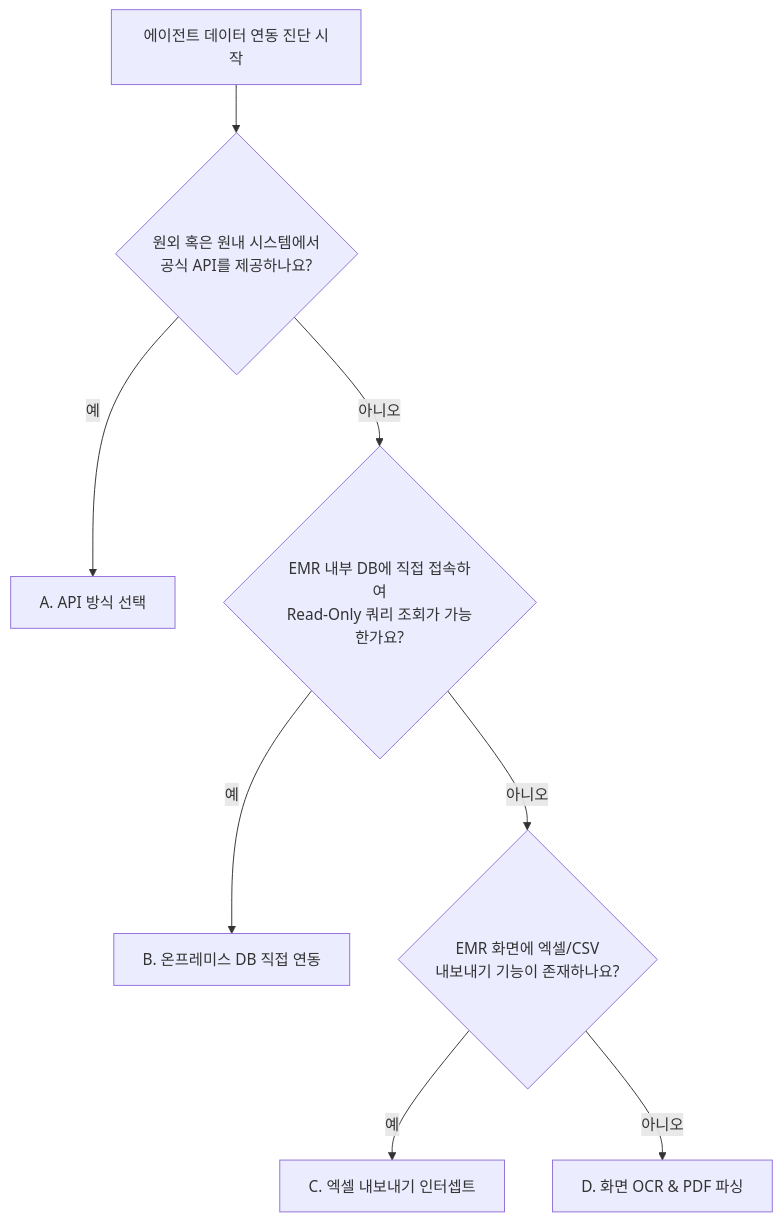
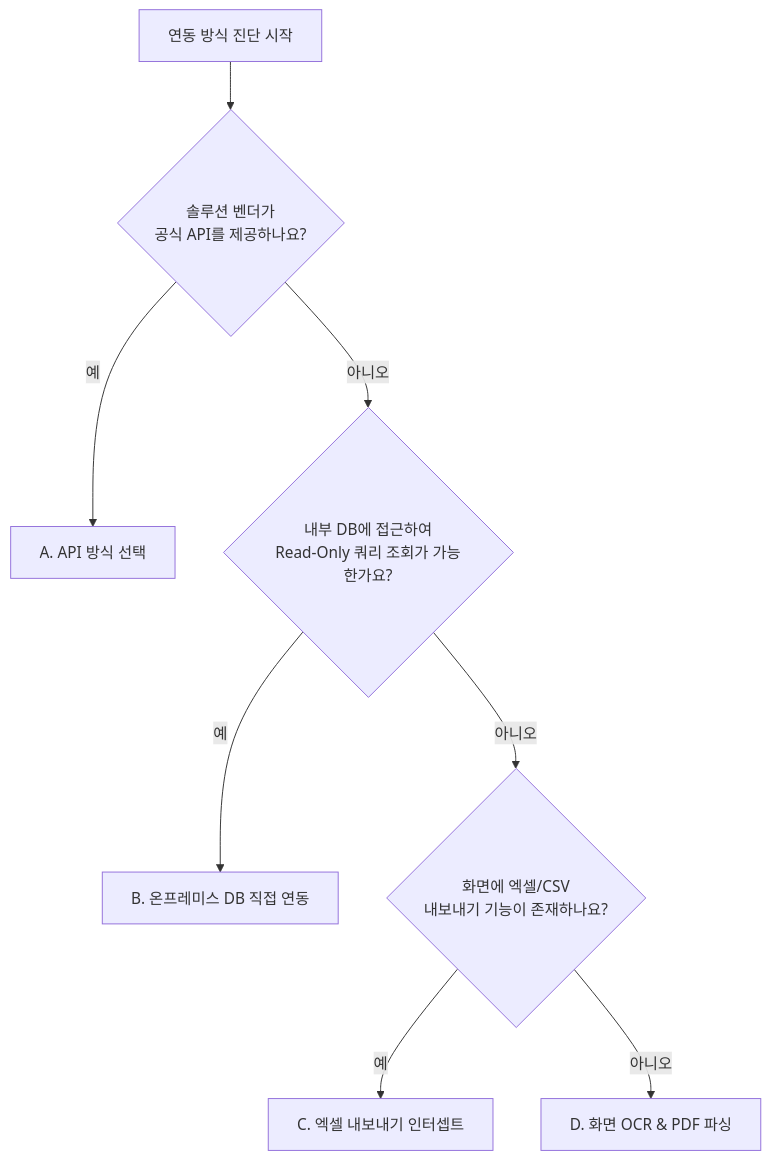
Before and after one commit to sunjongos/agent_builder: the diagram in SKILL.md, drawn with Mermaid. The commit also changed other lines of this file, not shown here.

````diff
--- a/SKILL.md
+++ b/SKILL.md
@@ -31,10 +41,10 @@
 ```mermaid
 graph TD
-    Start[에이전트 데이터 연동 진단 시작] --> Q1{원외 혹은 원내 시스템에서<br>공식 API를 제공하나요?}
+    Start[연동 방식 진단 시작] --> Q1{솔루션 벤더가<br>공식 API를 제공하나요?}
     Q1 -- 예 --> MethodA[A. API 방식 선택]
-    Q1 -- 아니오 --> Q2{EMR 내부 DB에 직접 접속하여<br>Read-Only 쿼리 조회가 가능한가요?}
+    Q1 -- 아니오 --> Q2{내부 DB에 접근하여<br>Read-Only 쿼리 조회가 가능한가요?}
     Q2 -- 예 --> MethodB[B. 온프레미스 DB 직접 연동]
-    Q2 -- 아니오 --> Q3{EMR 화면에 엑셀/CSV<br>내보내기 기능이 존재하나요?}
+    Q2 -- 아니오 --> Q3{화면에 엑셀/CSV<br>내보내기 기능이 존재하나요?}
     Q3 -- 예 --> MethodC[C. 엑셀 내보내기 인터셉트]
     Q3 -- 아니오 --> MethodD[D. 화면 OCR & PDF 파싱]
 ```
````
